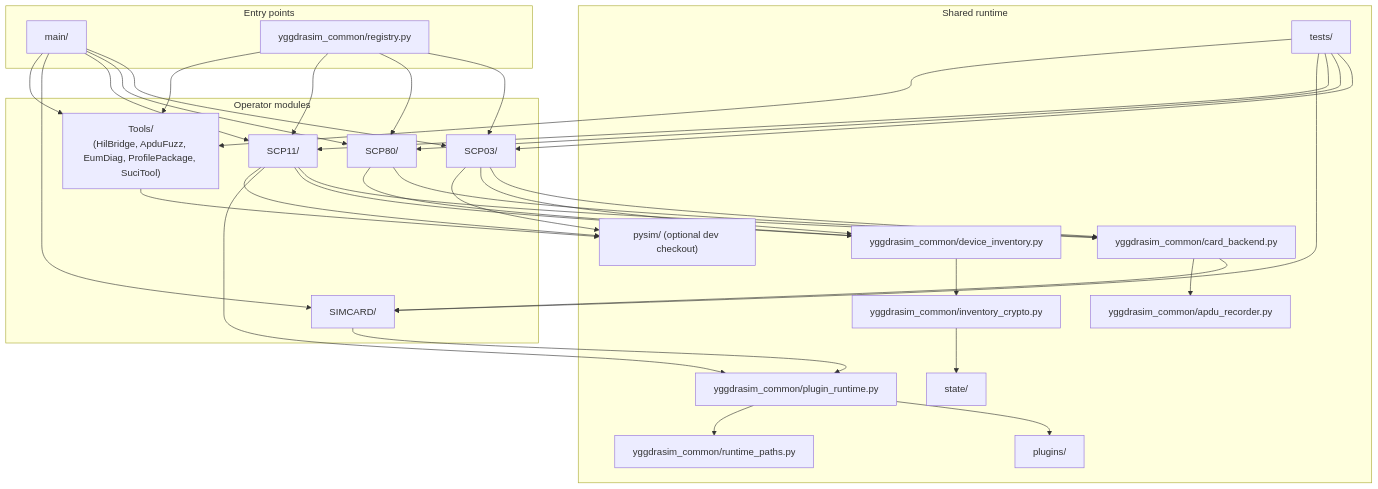
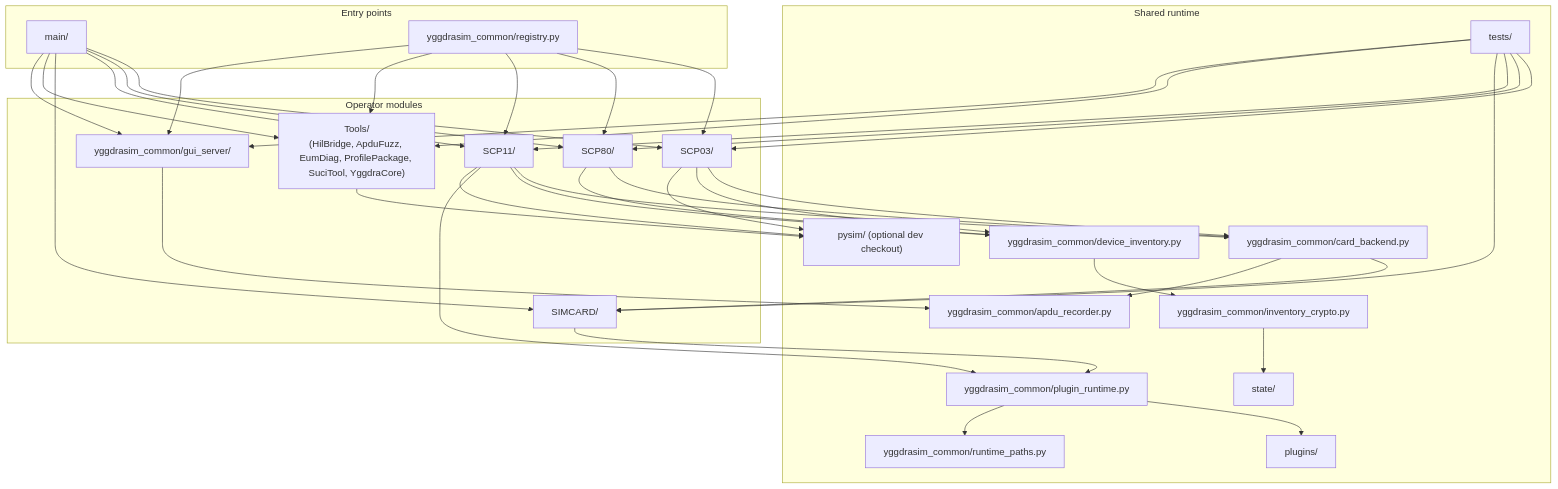
The second of 12 diagrams in site-docs/sources/guides/ARCHITECTURE.md (1oT/YggdraSIM), drawn with Mermaid before and after one commit. The commit also changed other lines of this file and 1187 other files, not shown here.

````diff
--- a/site-docs/sources/guides/ARCHITECTURE.md
+++ b/site-docs/sources/guides/ARCHITECTURE.md
@@ -73,61 +86,66 @@
 ```mermaid
 flowchart TB
     subgraph EntryPoints["Entry points"]
         Main["main/"]
         Registry["yggdrasim_common/registry.py"]
     end
 
     subgraph OperatorModules["Operator modules"]
         SCP03["SCP03/"]
         SCP80["SCP80/"]
         SCP11["SCP11/"]
         SIMCARD["SIMCARD/"]
-        Tools["Tools/<br/>(HilBridge, ApduFuzz, EumDiag, ProfilePackage, SuciTool)"]
+        Tools["Tools/<br/>(HilBridge, ApduFuzz, EumDiag, ProfilePackage, SuciTool, YggdraCore)"]
+        GuiServer["yggdrasim_common/gui_server/"]
     end
 
     subgraph SharedRuntime["Shared runtime"]
         Inventory["yggdrasim_common/device_inventory.py"]
         Crypto["yggdrasim_common/inventory_crypto.py"]
         RuntimePaths["yggdrasim_common/runtime_paths.py"]
         PluginRuntime["yggdrasim_common/plugin_runtime.py"]
         CardBackend["yggdrasim_common/card_backend.py"]
         ApduRecorder["yggdrasim_common/apdu_recorder.py"]
         Plugins["plugins/"]
         StateDir["state/"]
         PySim["pysim/ (optional dev checkout)"]
         Tests["tests/"]
     end
 
     Main --> SCP03
     Main --> SCP80
     Main --> SCP11
     Main --> SIMCARD
     Main --> Tools
+    Main --> GuiServer
     Registry --> SCP03
     Registry --> SCP80
     Registry --> SCP11
     Registry --> Tools
+    Registry --> GuiServer
 
     SCP03 --> CardBackend
     SCP80 --> CardBackend
     SCP11 --> CardBackend
     CardBackend --> SIMCARD
     SCP03 --> Inventory
     SCP80 --> Inventory
     SCP11 --> Inventory
     Inventory --> Crypto
     SCP11 --> PluginRuntime
     SIMCARD --> PluginRuntime
     PluginRuntime --> Plugins
     PluginRuntime --> RuntimePaths
     Crypto --> StateDir
     CardBackend --> ApduRecorder
+    GuiServer --> ApduRecorder
     SCP03 --> PySim
     SCP11 --> PySim
     Tools --> PySim
     Tests --> SCP03
     Tests --> SCP80
     Tests --> SCP11
     Tests --> SIMCARD
     Tests --> Tools
+    Tests --> GuiServer
 ```
````
